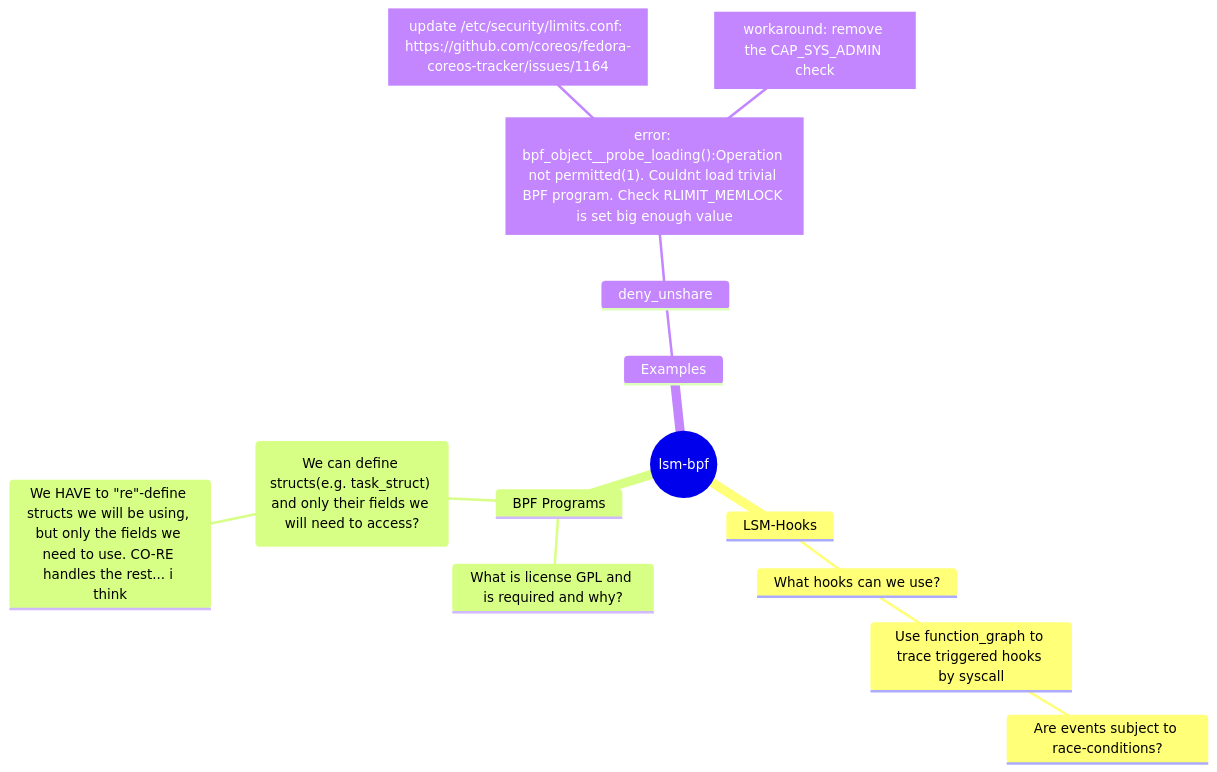
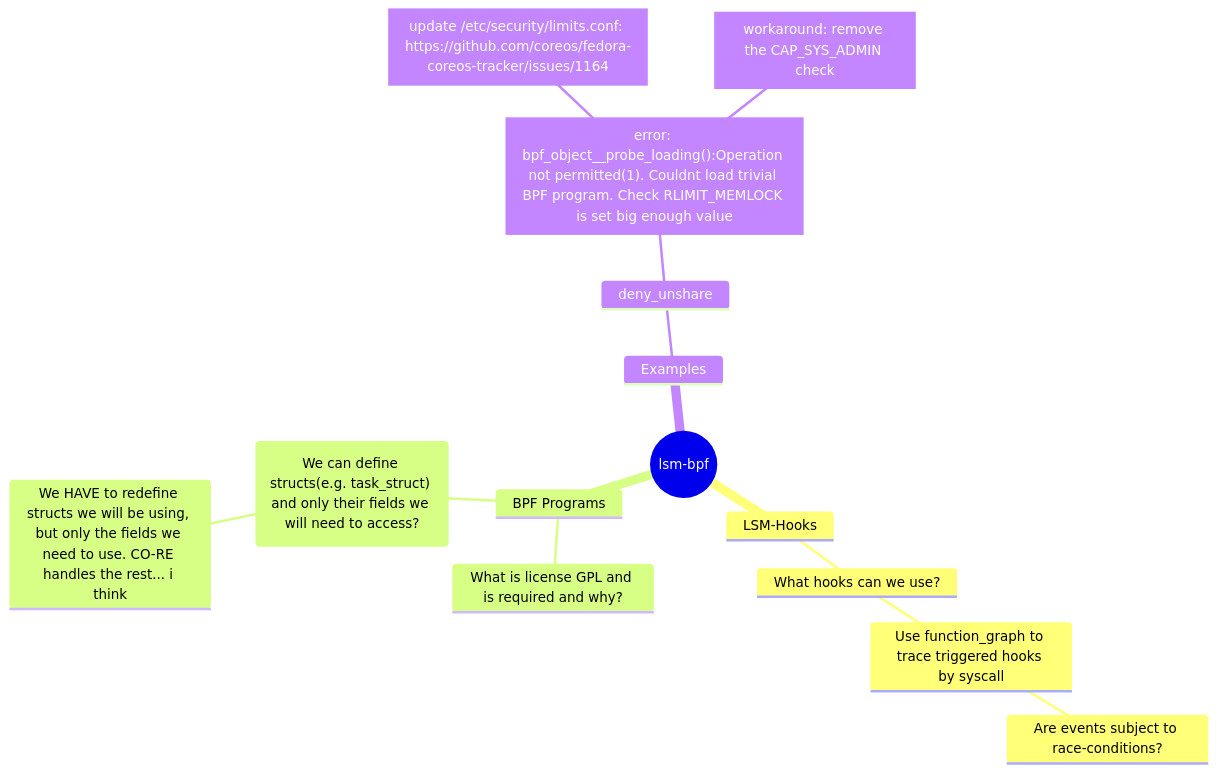
The diagram in Questions:.md (Turbodunker/lsm-bpf), drawn with Mermaid before and after one commit.

Commit message:
Updated Questions: (markdown)

````diff
--- a/Questions:.md
+++ b/Questions:.md
@@ -6,18 +6,18 @@
 ``` mermaid
     mindmap
         root((lsm-bpf))
             LSM-Hooks
                 What hooks can we use?
                     Use function_graph to trace triggered hooks by syscall
                         Are events subject to race-conditions?
             BPF Programs
                 What is license GPL and is required and why?
                 ("We can define structs(e.g. task_struct) and only their fields we will need to access?")
-                    We HAVE to "re"-define structs we will be using, but only the fields we need to use. CO-RE handles the rest... i think
+                    We HAVE to redefine structs we will be using, but only the fields we need to use. CO-RE handles the rest... i think
             Examples
                 deny_unshare
                     id1["error: bpf_object__probe_loading():Operation not permitted(1). Couldnt load trivial BPF program. Check RLIMIT_MEMLOCK is set big enough value"]
                         id2["update /etc/security/limits.conf: https://github.com/coreos/fedora-coreos-tracker/issues/1164"]
                         workaround["workaround: remove the CAP_SYS_ADMIN check"]
 
 ```
````
